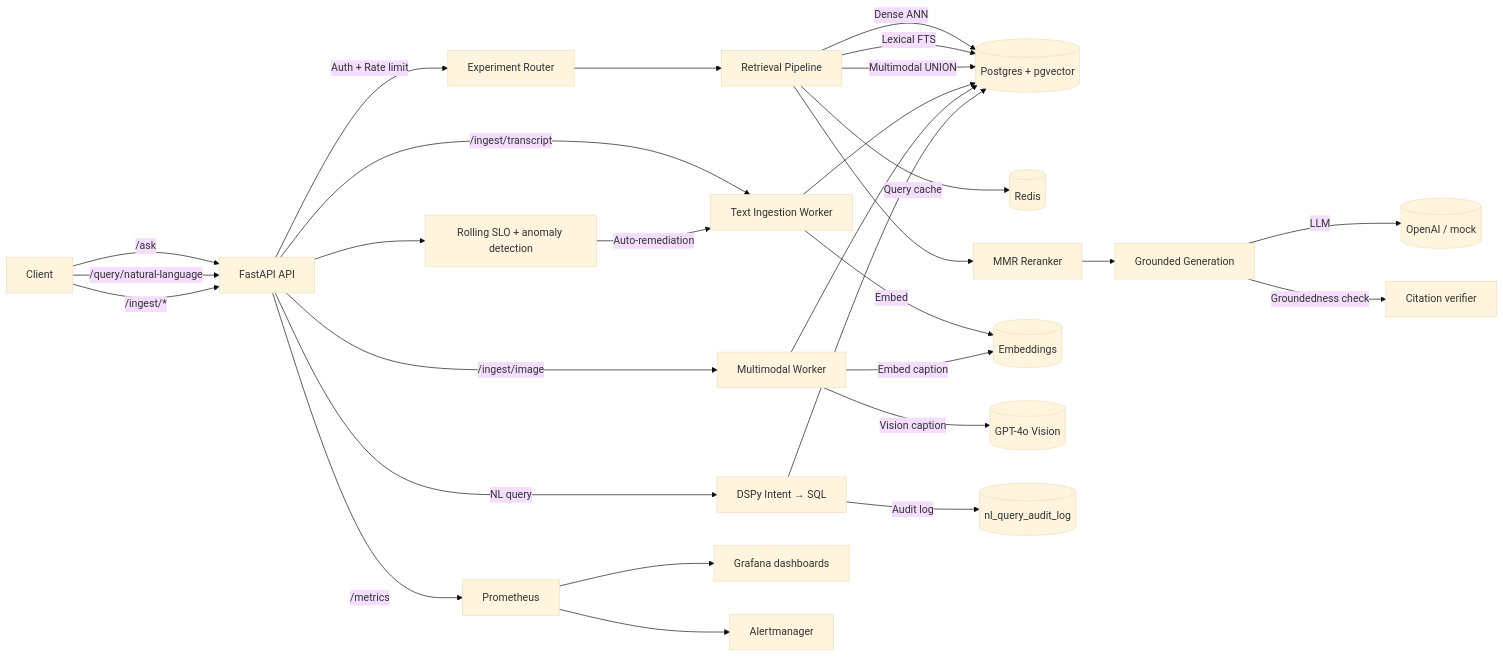
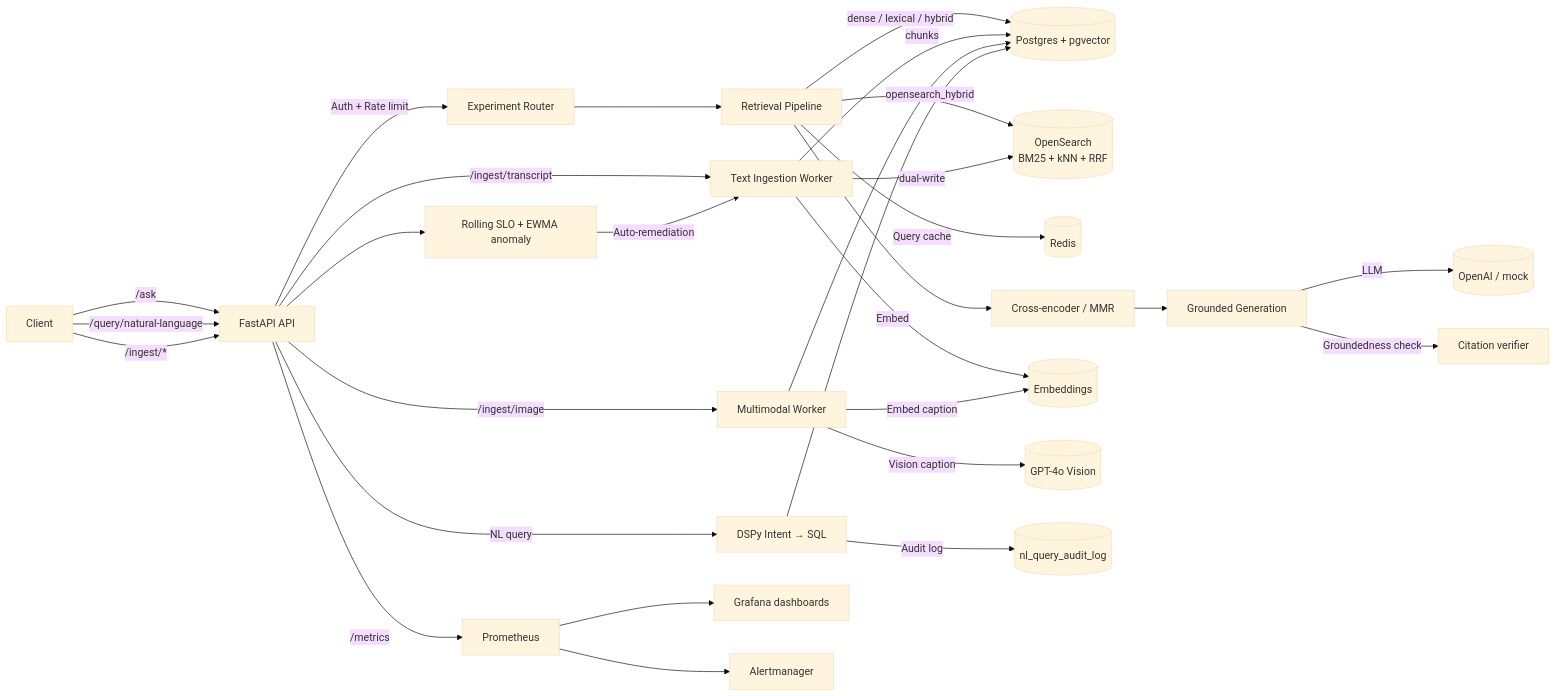
Before and after one commit to sergiunicoara/Agentic-AI: the diagram in ai-native-data-platform/README.md, drawn with Mermaid (base theme). The commit also changed other lines of this file, not shown here.

Commit message:
Update README with OpenSearch backend, retrieval mode table, and 184 tests

````diff
--- a/ai-native-data-platform/README.md
+++ b/ai-native-data-platform/README.md
@@ -132,31 +166,31 @@
 ```mermaid
 flowchart LR
   Client -->|/ask| API[FastAPI API]
   Client -->|/query/natural-language| API
   Client -->|/ingest/*| API
   API -->|Auth + Rate limit| Router[Experiment Router]
   Router --> R[Retrieval Pipeline]
-  R -->|Dense ANN| PG[(Postgres + pgvector)]
-  R -->|Lexical FTS| PG
-  R -->|Multimodal UNION| PG
+  R -->|dense / lexical / hybrid| PG[(Postgres + pgvector)]
+  R -->|opensearch_hybrid| OS[(OpenSearch\nBM25 + kNN + RRF)]
   R -->|Query cache| Redis[(Redis)]
-  R --> Rerank[MMR Reranker]
+  R --> Rerank[Cross-encoder / MMR]
   Rerank --> Gen[Grounded Generation]
   Gen -->|LLM| LLM[(OpenAI / mock)]
   Gen -->|Groundedness check| Guard[Citation verifier]
   API -->|/ingest/transcript| Worker[Text Ingestion Worker]
   Worker -->|Embed| Embed[(Embeddings)]
-  Worker --> PG
+  Worker -->|chunks| PG
+  Worker -->|dual-write| OS
   API -->|/ingest/image| MMWorker[Multimodal Worker]
   MMWorker -->|Vision caption| Vision[(GPT-4o Vision)]
   MMWorker -->|Embed caption| Embed
   MMWorker --> PG
   API -->|NL query| NLQ[DSPy Intent → SQL]
   NLQ --> PG
   NLQ -->|Audit log| Audit[(nl_query_audit_log)]
   API -->|/metrics| Prom[Prometheus]
   Prom --> Grafana[Grafana dashboards]
   Prom --> Alert[Alertmanager]
-  API --> SLO[Rolling SLO + anomaly detection]
+  API --> SLO[Rolling SLO + EWMA anomaly]
   SLO -->|Auto-remediation| Worker
 ```
````
